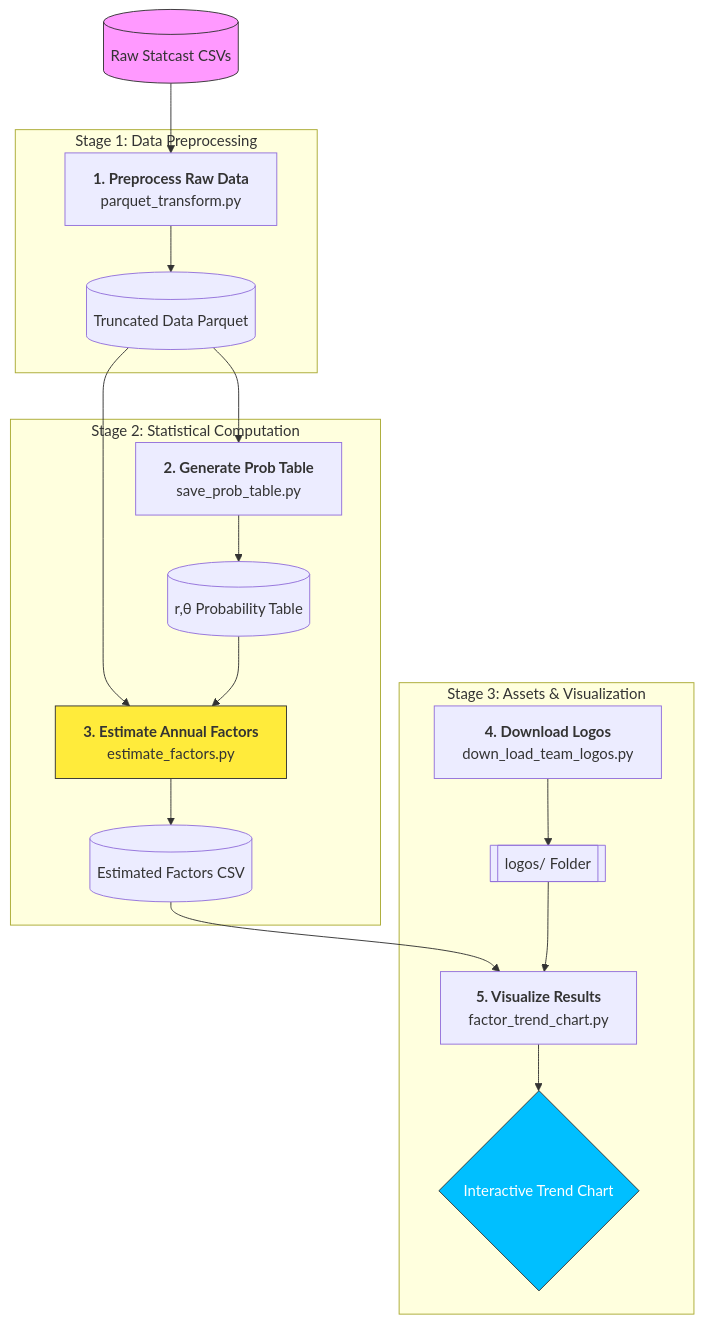
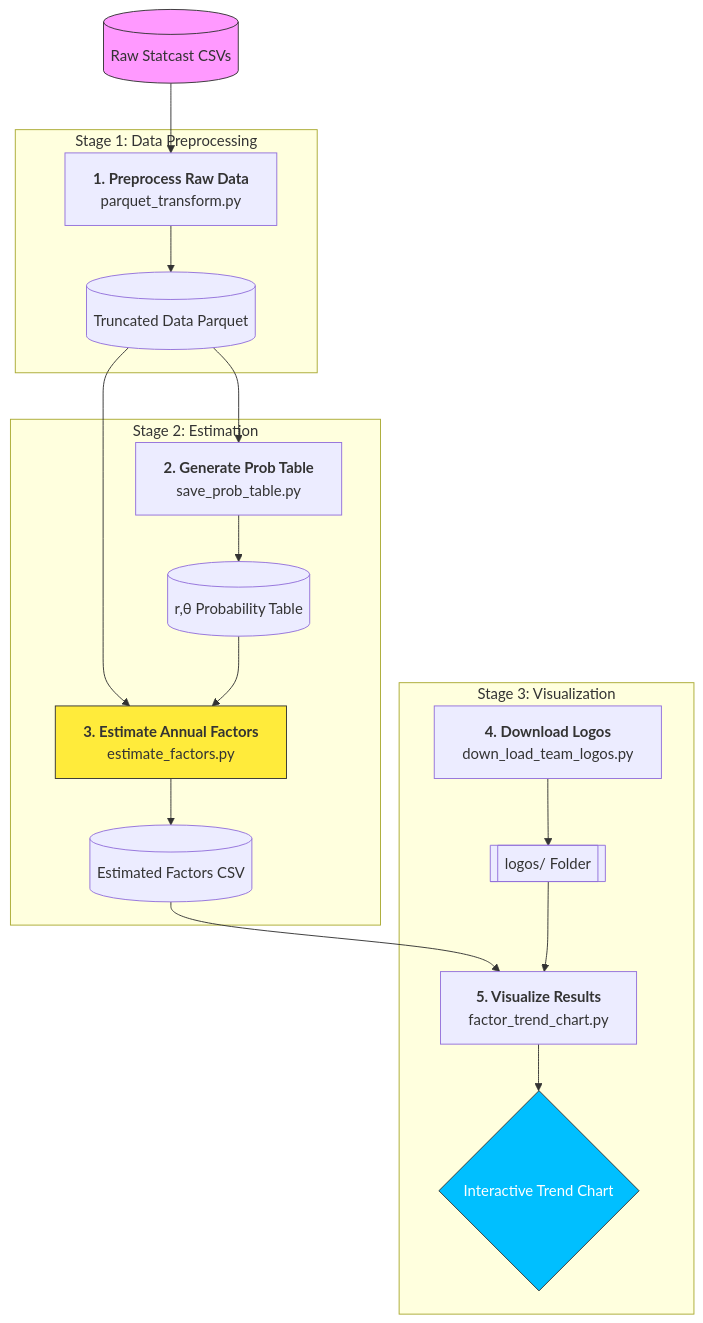
The diagram in README.md (DanielYan0224/factor-and-defense-factor), drawn with Mermaid before and after one commit.

````diff
--- a/README.md
+++ b/README.md
@@ -71,37 +71,37 @@
 ```mermaid
 graph TD
     %% Data Inputs
     RawCSV[(Raw Statcast CSVs)] --> Step1
 
     subgraph "Stage 1: Data Preprocessing"
         Step1[<b>1. Preprocess Raw Data</b><br/>parquet_transform.py] 
         Step1 --> TruncatedParquet[(Truncated Data Parquet)]
     end
 
-    subgraph "Stage 2: Statistical Computation"
+    subgraph "Stage 2: Estimation"
         TruncatedParquet --> Step2
         Step2[<b>2. Generate Prob Table</b><br/>save_prob_table.py]
         Step2 --> ProbTable[(r,θ Probability Table)]
         
         TruncatedParquet --> Step3
         ProbTable --> Step3
         Step3[<b>3. Estimate Annual Factors</b><br/>estimate_factors.py]
         Step3 --> FactorCSV[(Estimated Factors CSV)]
     end
 
-    subgraph "Stage 3: Assets & Visualization"
+    subgraph "Stage 3: Visualization"
         Step4[<b>4. Download Logos</b><br/>down_load_team_logos.py]
         Step4 --> LogoFolder[[logos/ Folder]]
         
         FactorCSV --> Step5
         LogoFolder --> Step5
         Step5[<b>5. Visualize Results</b><br/>factor_trend_chart.py]
         Step5 --> FinalPlot{Interactive Trend Chart}
     end
 
     %% Style Settings
     style RawCSV fill:#f9f,stroke:#333
     style FinalPlot fill:#00bfff,stroke:#333,color:#fff
     style Step3 fill:#ffeb3b,stroke:#333
 
 ```
````
